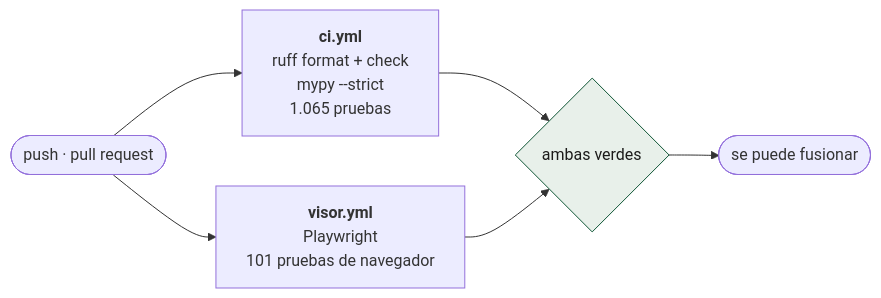
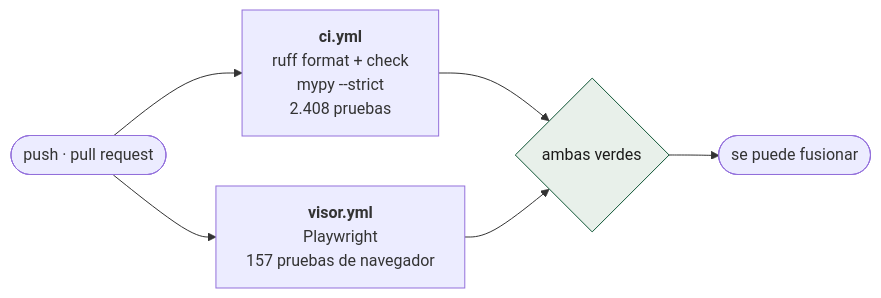
One commit to sforero77/CENTINELA changed the third of 3 diagrams in docs/acciones/mantenimiento.md. Above: the diagram before and after it, drawn with Mermaid. The commit also changed other lines of this file and 9 other files, not shown here.

First line of the commit message:
Un diagrama por reloj: qué comprueba cada workflow y qué pasa si falla

````diff
--- a/docs/acciones/mantenimiento.md
+++ b/docs/acciones/mantenimiento.md
@@ -144,10 +170,10 @@
 ```mermaid
 flowchart LR
-  PR(["push · pull request"]) --> CI["<b>ci.yml</b><br/>ruff format + check<br/>mypy --strict<br/>1.065 pruebas"]
-  PR --> VIS["<b>visor.yml</b><br/>Playwright<br/>101 pruebas de navegador"]
+  PR(["push · pull request"]) --> CI["<b>ci.yml</b><br/>ruff format + check<br/>mypy --strict<br/>2.408 pruebas"]
+  PR --> VIS["<b>visor.yml</b><br/>Playwright<br/>157 pruebas de navegador"]
   CI --> M{"ambas verdes"}
   VIS --> M
   M --> MERGE(["se puede fusionar"])
 
   style M fill:#e8f0ea,stroke:#0f5636,color:#1c1b1a
 ```
````
